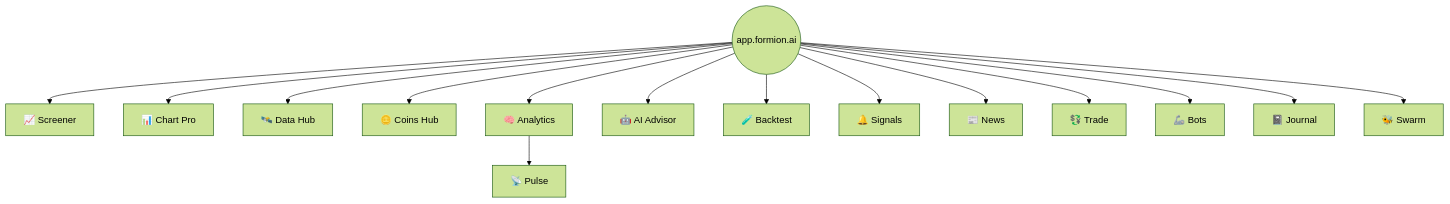
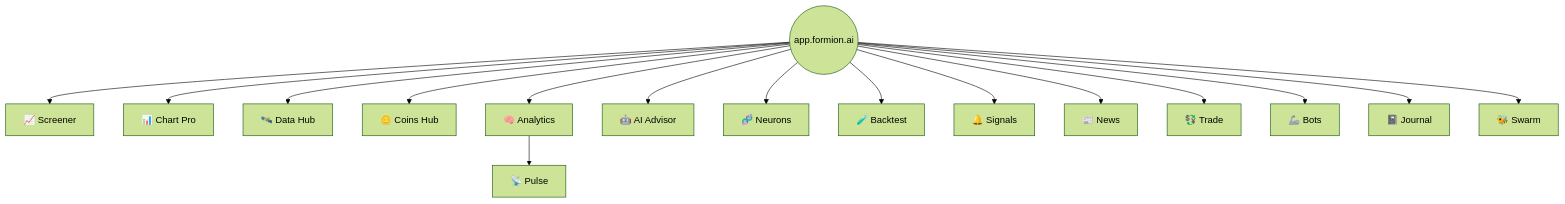
One commit to formionai/docs changed the diagram in the-app.md. Above: the diagram before and after it, drawn with Mermaid (forest theme). The commit also changed other lines of this file and 13 other files, not shown here.

Commit message:
docs: FORA Neurons dashboard, activity timeline, Run now and managing Neurons through FORA chat and voice; Neurons menu item

````diff
--- a/the-app.md
+++ b/the-app.md
@@ -15,17 +15,18 @@
 ```mermaid
 flowchart TD
   APP(("app.formion.ai")) --> S["📈 Screener"]
   APP --> C["📊 Chart Pro"]
   APP --> D["🛰️ Data Hub"]
   APP --> CH["🪙 Coins Hub"]
   APP --> AN["🧠 Analytics"]
   AN --> PU["📡 Pulse"]
   APP --> AI["🤖 AI Advisor"]
+  APP --> NR["🧬 Neurons"]
   APP --> BT["🧪 Backtest"]
   APP --> SG["🔔 Signals"]
   APP --> NW["📰 News"]
   APP --> TR["💱 Trade"]
   APP --> BO["🦾 Bots"]
   APP --> JR["📓 Journal"]
   APP --> SW["🐝 Swarm"]
 ```
````
